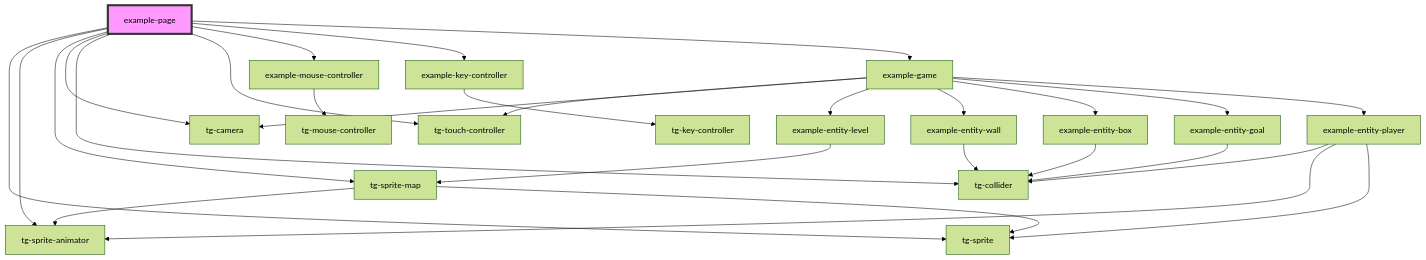
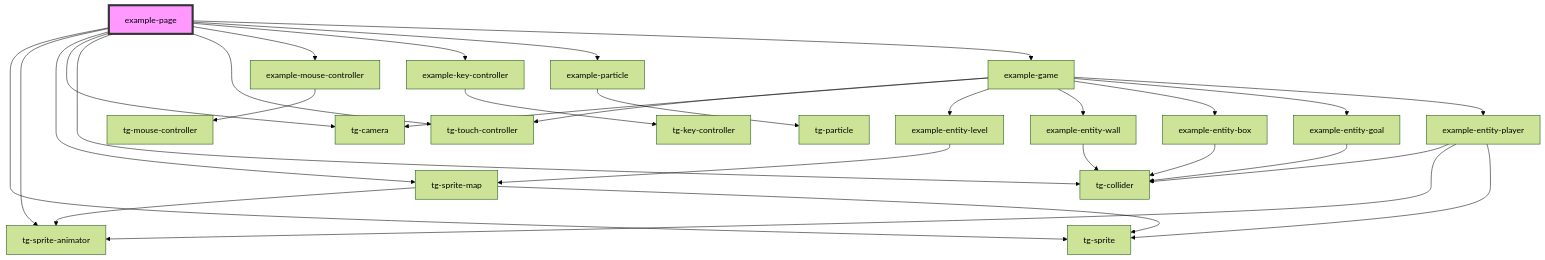
One commit to Scan0815/tg-engine changed the diagram in src/components/example/example-page/readme.md. Above: the diagram before and after it, drawn with Mermaid (forest theme). The commit also changed other lines of this file and 18 other files, not shown here.

````diff
--- a/src/components/example/example-page/readme.md
+++ b/src/components/example/example-page/readme.md
@@ -23,31 +24,33 @@
 ```mermaid
 graph TD;
   example-page --> tg-sprite
   example-page --> tg-sprite-animator
   example-page --> tg-sprite-map
   example-page --> tg-camera
   example-page --> tg-collider
   example-page --> tg-touch-controller
   example-page --> example-mouse-controller
   example-page --> example-key-controller
+  example-page --> example-particle
   example-page --> example-game
   tg-sprite-map --> tg-sprite-animator
   tg-sprite-map --> tg-sprite
   example-mouse-controller --> tg-mouse-controller
   example-key-controller --> tg-key-controller
+  example-particle --> tg-particle
   example-game --> tg-touch-controller
   example-game --> tg-camera
   example-game --> example-entity-level
   example-game --> example-entity-wall
   example-game --> example-entity-box
   example-game --> example-entity-goal
   example-game --> example-entity-player
   example-entity-level --> tg-sprite-map
   example-entity-wall --> tg-collider
   example-entity-box --> tg-collider
   example-entity-goal --> tg-collider
   example-entity-player --> tg-collider
   example-entity-player --> tg-sprite-animator
   example-entity-player --> tg-sprite
   style example-page fill:#f9f,stroke:#333,stroke-width:4px
 ```
````
